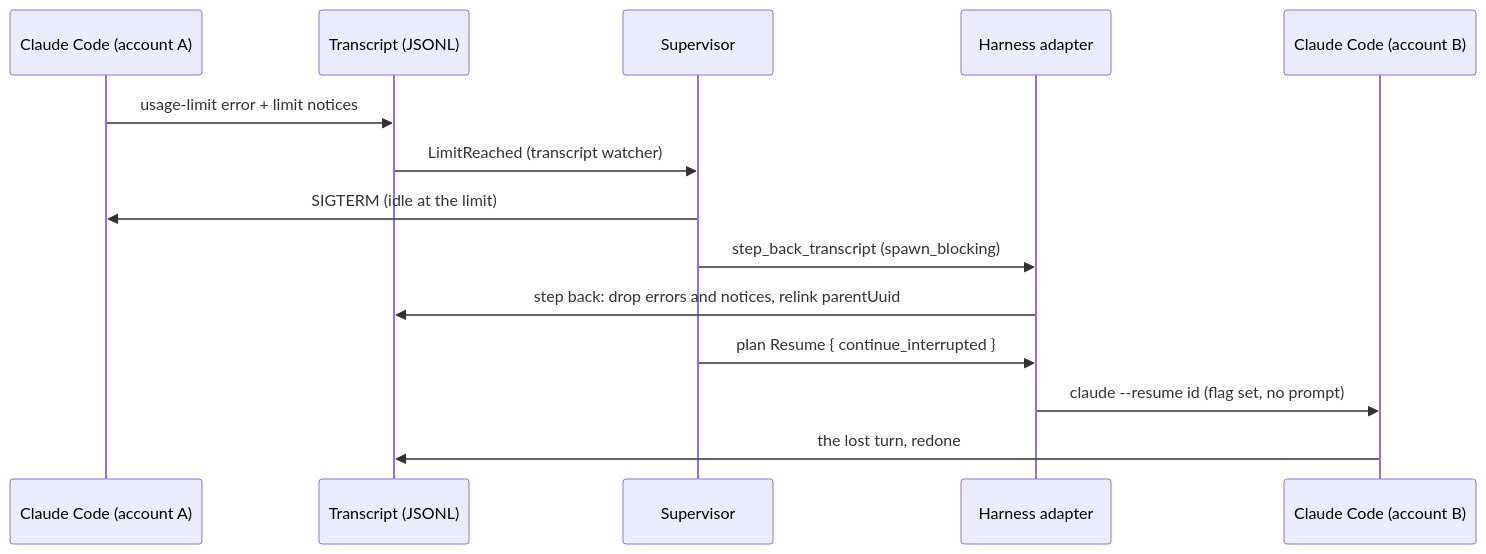
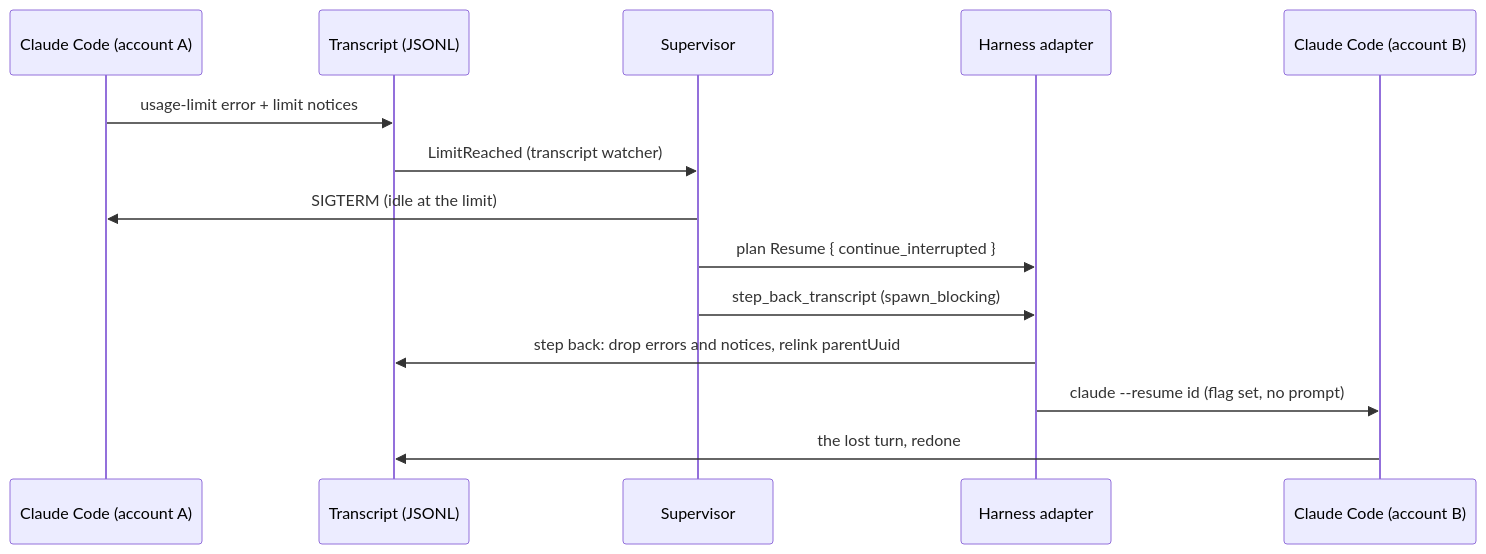
The fourth of 13 diagrams in docs/architecture.md (Quartio-Studio/yulius), drawn with Mermaid before and after one commit. The commit also changed other lines of this file and 4 other files, not shown here.

Commit message:
docs: the review's findings in SPEC-072, ADR-0051, SPEC-002 and architecture

````diff
--- a/docs/architecture.md
+++ b/docs/architecture.md
@@ -107,16 +108,16 @@
 ```mermaid
 sequenceDiagram
     participant C as Claude Code (account A)
     participant T as Transcript (JSONL)
     participant S as Supervisor
     participant H as Harness adapter
     participant N as Claude Code (account B)
     C->>T: usage-limit error + limit notices
     T->>S: LimitReached (transcript watcher)
     S->>C: SIGTERM (idle at the limit)
+    S->>H: plan Resume { continue_interrupted }
     S->>H: step_back_transcript (spawn_blocking)
     H->>T: step back: drop errors and notices, relink parentUuid
-    S->>H: plan Resume { continue_interrupted }
     H->>N: claude --resume id (flag set, no prompt)
     N->>T: the lost turn, redone
 ```
````
